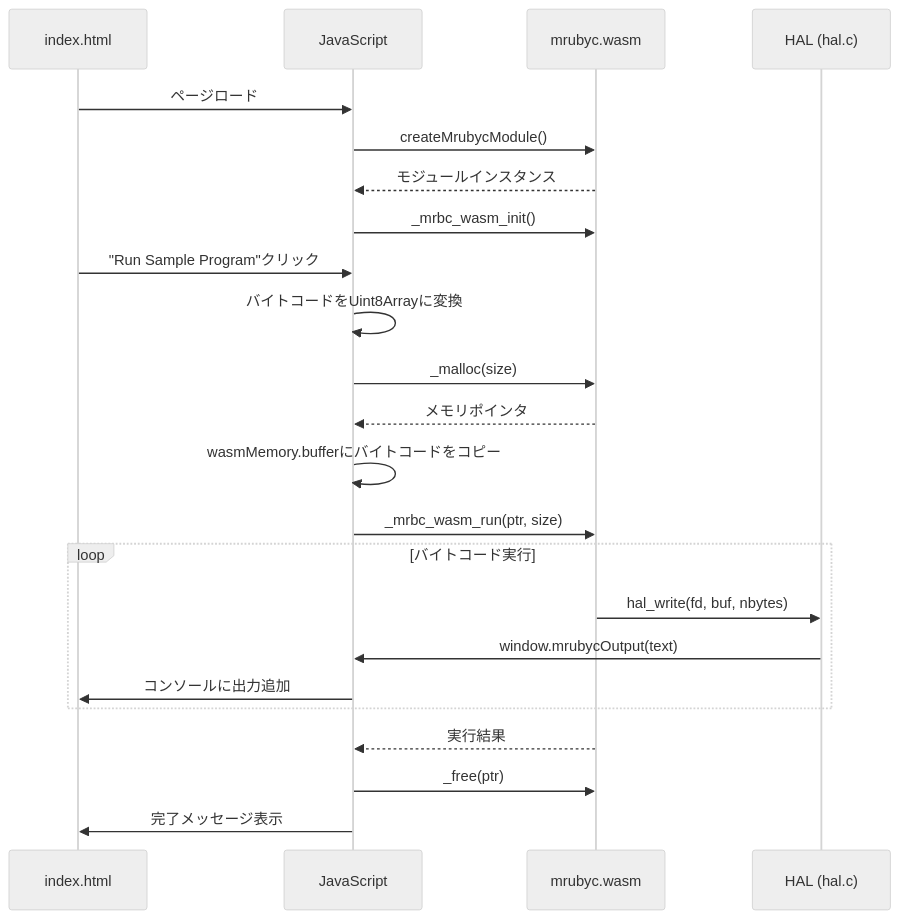
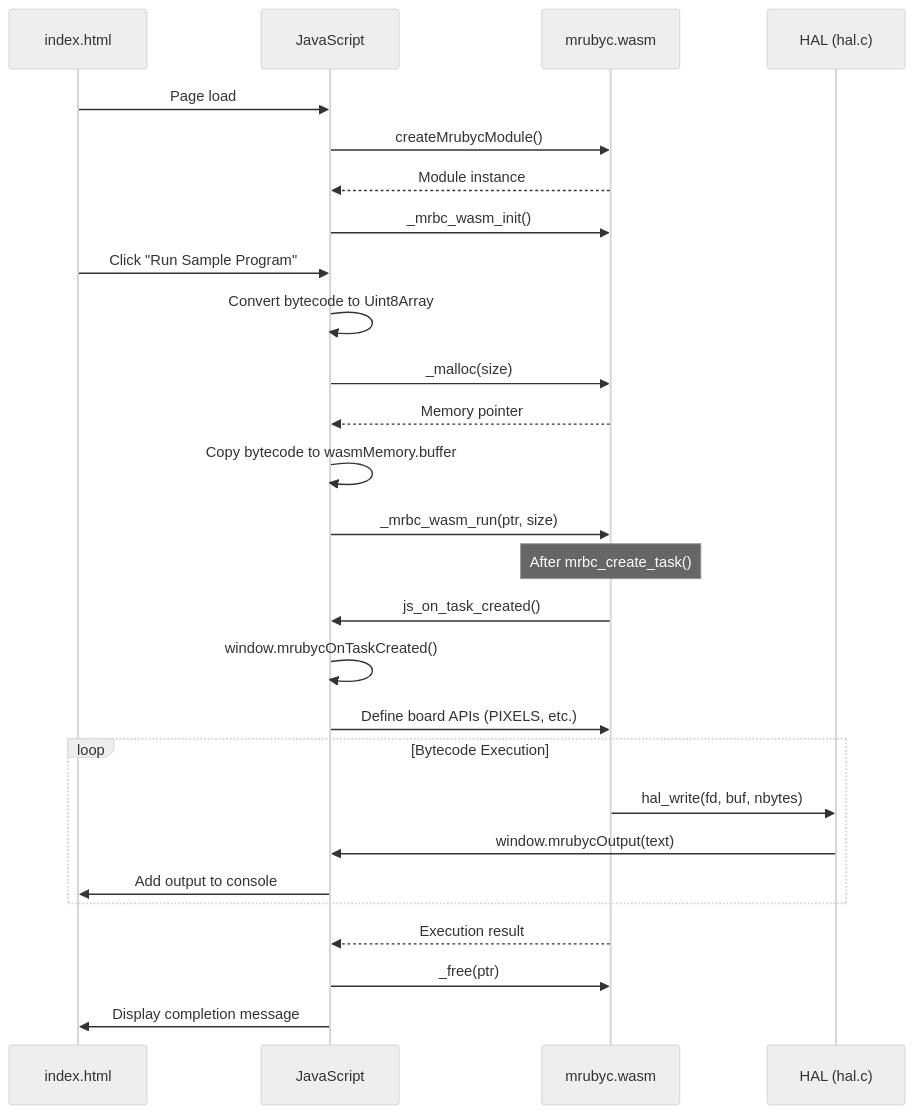
Before and after one commit to uist1idrju3i/study-WebSimulator: the fifth of 6 diagrams in README.md, drawn with Mermaid (neutral theme). The commit also changed other lines of this file, not shown here.

First line of the commit message:
docs: Translate README.md to English and update WASM API reference

````diff
--- a/README.md
+++ b/README.md
@@ -252,29 +264,34 @@
 ```mermaid
 sequenceDiagram
     participant HTML as index.html
     participant JS as JavaScript
     participant WASM as mrubyc.wasm
     participant HAL as HAL (hal.c)
     
-    HTML->>JS: ページロード
+    HTML->>JS: Page load
     JS->>WASM: createMrubycModule()
-    WASM-->>JS: モジュールインスタンス
+    WASM-->>JS: Module instance
     JS->>WASM: _mrbc_wasm_init()
     
-    HTML->>JS: "Run Sample Program"クリック
-    JS->>JS: バイトコードをUint8Arrayに変換
+    HTML->>JS: Click "Run Sample Program"
+    JS->>JS: Convert bytecode to Uint8Array
     JS->>WASM: _malloc(size)
-    WASM-->>JS: メモリポインタ
-    JS->>JS: wasmMemory.bufferにバイトコードをコピー
+    WASM-->>JS: Memory pointer
+    JS->>JS: Copy bytecode to wasmMemory.buffer
     JS->>WASM: _mrbc_wasm_run(ptr, size)
     
-    loop バイトコード実行
+    Note over WASM: After mrbc_create_task()
+    WASM->>JS: js_on_task_created()
+    JS->>JS: window.mrubycOnTaskCreated()
+    JS->>WASM: Define board APIs (PIXELS, etc.)
+    
+    loop Bytecode Execution
         WASM->>HAL: hal_write(fd, buf, nbytes)
         HAL->>JS: window.mrubycOutput(text)
-        JS->>HTML: コンソールに出力追加
+        JS->>HTML: Add output to console
     end
     
-    WASM-->>JS: 実行結果
+    WASM-->>JS: Execution result
     JS->>WASM: _free(ptr)
-    JS->>HTML: 完了メッセージ表示
+    JS->>HTML: Display completion message
 ```
````
